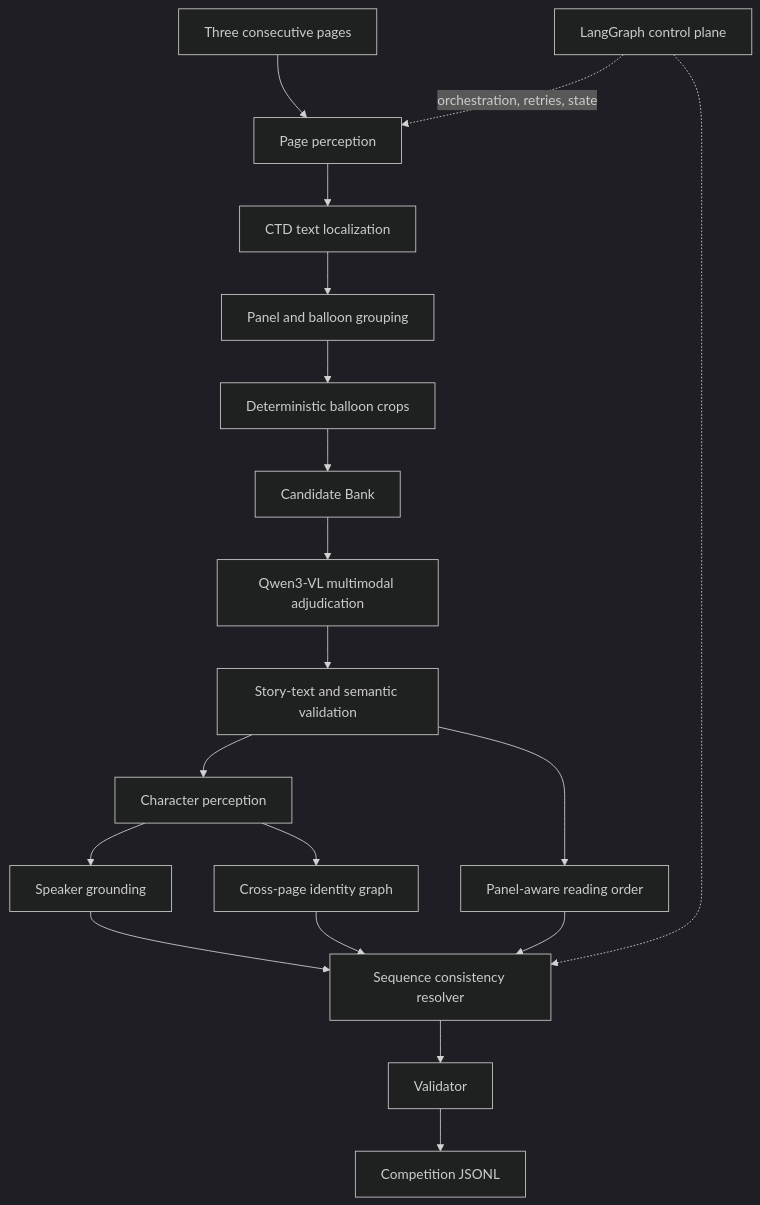
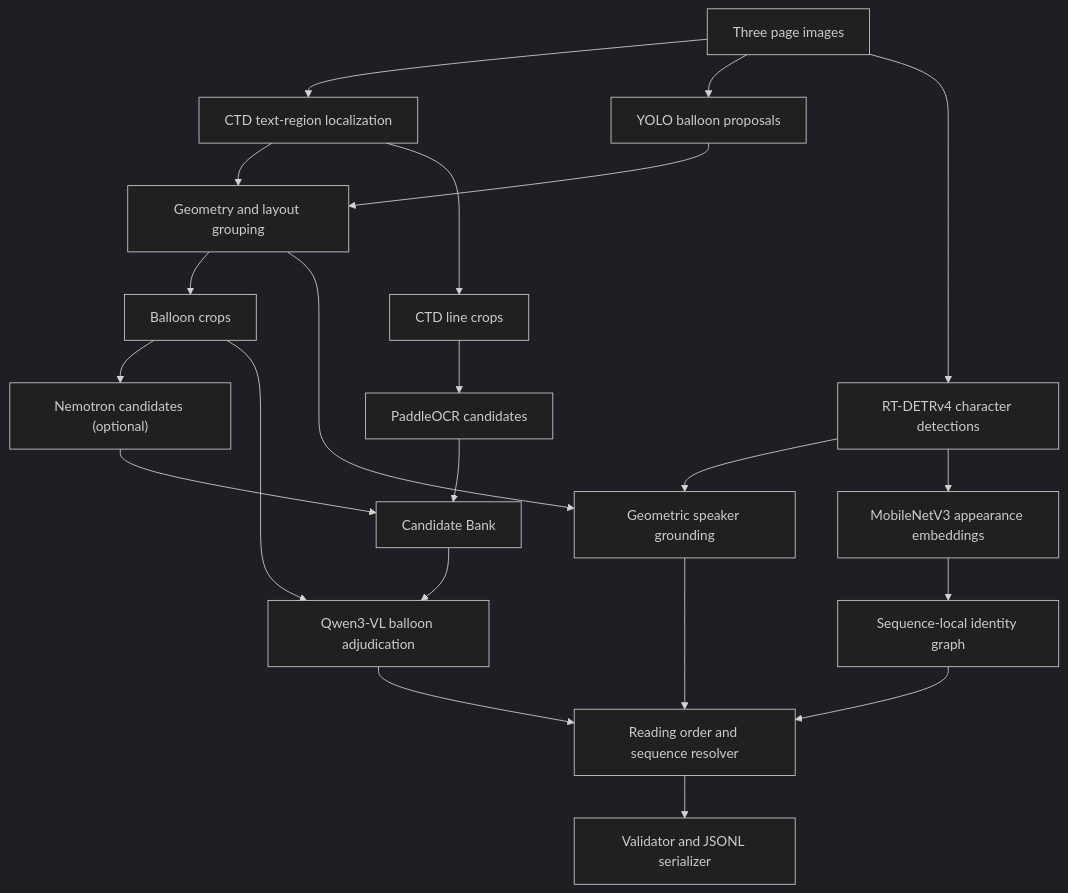
The diagram in README.md (udit79/STORY-AI), drawn with Mermaid (dark theme) before and after one commit. The commit also changed other lines of this file and 344 other files, not shown here.

````diff
--- a/README.md
+++ b/README.md
@@ -17,21 +28,24 @@
 ```mermaid
 flowchart TD
-    A[Three consecutive pages] --> B[Page perception]
-    B --> C[CTD text localization]
-    C --> D[Panel and balloon grouping]
-    D --> E[Deterministic balloon crops]
-    E --> F[Candidate Bank]
-    F --> G[Qwen3-VL multimodal adjudication]
-    G --> H[Story-text and semantic validation]
-    H --> I[Character perception]
-    I --> J[Speaker grounding]
-    H --> K[Panel-aware reading order]
-    I --> L[Cross-page identity graph]
-    J --> M[Sequence consistency resolver]
-    K --> M
-    L --> M
-    M --> N[Validator]
-    N --> O[Competition JSONL]
-    P[LangGraph control plane] -. orchestration, retries, state .-> B
-    P -.-> M
+    pages["Three page images"] --> ctd["CTD text-region localization"]
+    pages --> layout["YOLO balloon proposals"]
+    ctd --> group["Geometry and layout grouping"]
+    layout --> group
+    ctd --> linecrops["CTD line crops"]
+    group --> ballooncrops["Balloon crops"]
+    linecrops --> paddle["PaddleOCR candidates"]
+    ballooncrops --> nemotron["Nemotron candidates (optional)"]
+    paddle --> bank["Candidate Bank"]
+    nemotron --> bank
+    bank --> qwen["Qwen3-VL balloon adjudication"]
+    ballooncrops --> qwen
+    pages --> rtdetr["RT-DETRv4 character detections"]
+    group --> grounding["Geometric speaker grounding"]
+    rtdetr --> grounding
+    rtdetr --> embeddings["MobileNetV3 appearance embeddings"]
+    embeddings --> identity["Sequence-local identity graph"]
+    grounding --> resolve["Reading order and sequence resolver"]
+    qwen --> resolve
+    identity --> resolve
+    resolve --> validate["Validator and JSONL serializer"]
 ```
````
